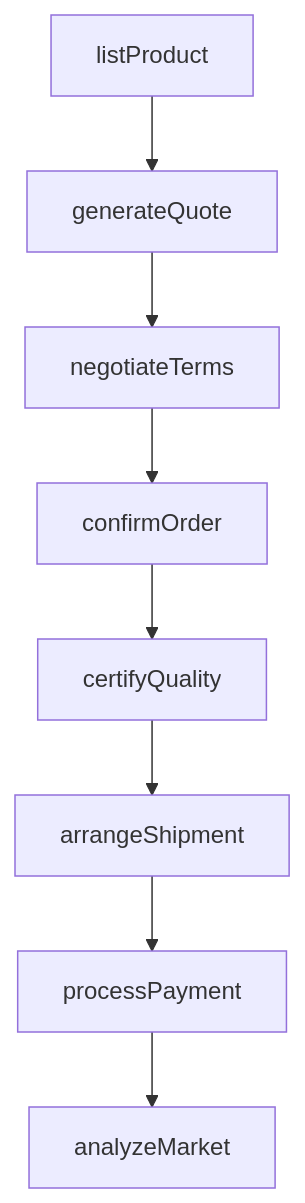
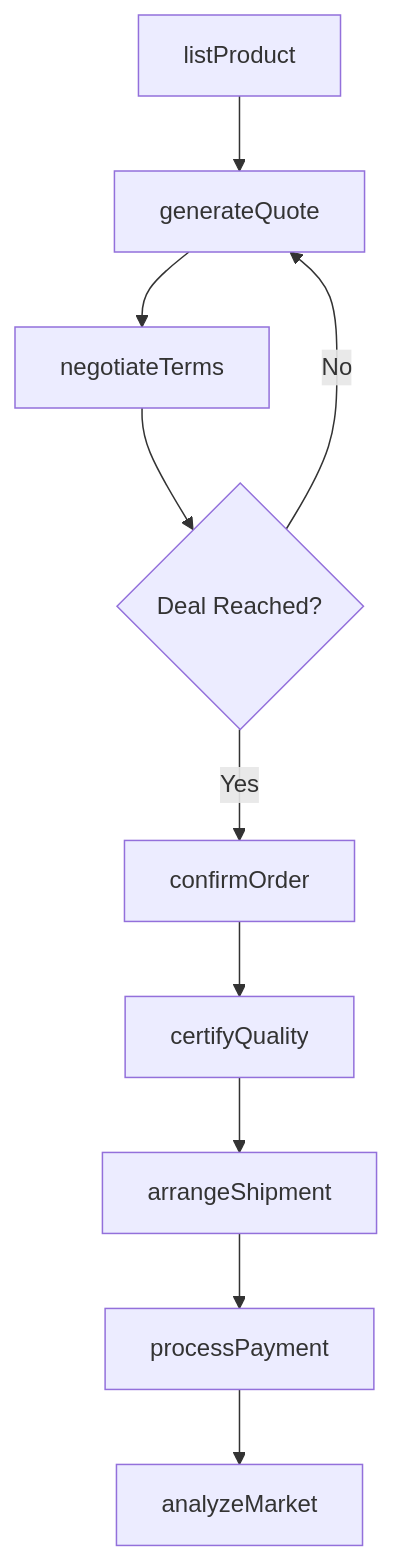
Before and after one commit to dot-org-ai/tasks.org.ai: the third of 4 diagrams in SellingOrInfluencingOthers/SellProductsOrServices/SellAgriculturalProducts.mdx, drawn with Mermaid. The commit also changed other lines of this file and 504 other files, not shown here.

First line of the commit message:
feat: Add ER diagrams, state diagrams, and workflow improvements to 96 DWA task files

````diff
--- a/SellingOrInfluencingOthers/SellProductsOrServices/SellAgriculturalProducts.mdx
+++ b/SellingOrInfluencingOthers/SellProductsOrServices/SellAgriculturalProducts.mdx
@@ -92,10 +121,12 @@
 ```mermaid
 graph TD
     A[listProduct] --> B[generateQuote]
     B --> C[negotiateTerms]
-    C --> D[confirmOrder]
-    D --> E[certifyQuality]
-    E --> F[arrangeShipment]
-    F --> G[processPayment]
-    G --> H[analyzeMarket]
+    C --> D{Deal Reached?}
+    D -->|Yes| E[confirmOrder]
+    D -->|No| B
+    E --> F[certifyQuality]
+    F --> G[arrangeShipment]
+    G --> H[processPayment]
+    H --> I[analyzeMarket]
 ```
````
